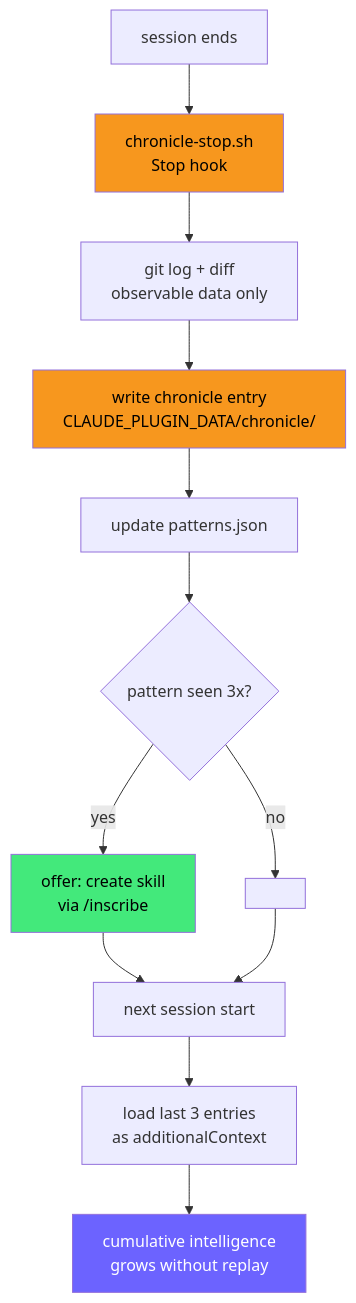
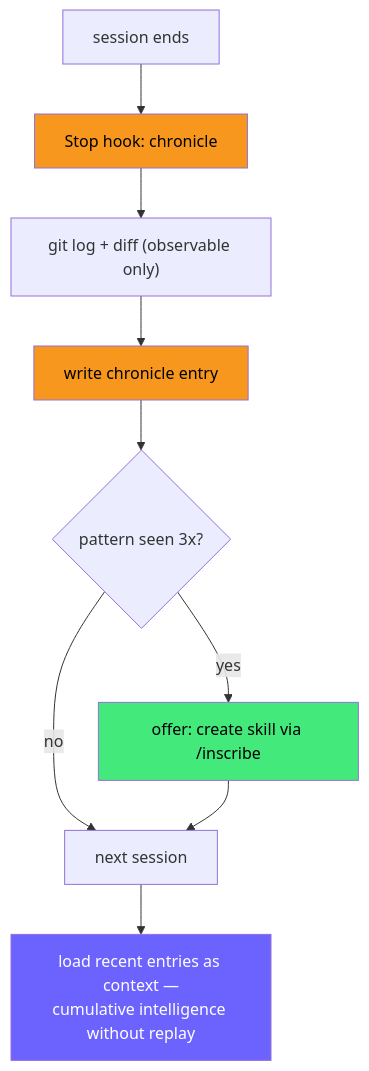
Before and after one commit to Alexander-Tyagunov/magician: the third of 3 diagrams in README.md, drawn with Mermaid. The commit also changed other lines of this file and 11 other files, not shown here.

````diff
--- a/README.md
+++ b/README.md
@@ -115,22 +107,15 @@
 ```mermaid
 flowchart TD
-    A["session ends"] --> B["chronicle-stop.sh\nStop hook"]
-    B --> C["git log + diff\nobservable data only"]
-    C --> D["write chronicle entry\nCLAUDE_PLUGIN_DATA/chronicle/"]
-    D --> E["update patterns.json"]
-
-    E --> F{"pattern seen 3x?"}
-    F -- yes --> G["offer: create skill\nvia /inscribe"]
-    F -- no --> H[" "]
-
-    G --> I["next session start"]
-    H --> I
-
-    I --> J["load last 3 entries\nas additionalContext"]
-    J --> K["cumulative intelligence\ngrows without replay"]
-
+    A["session ends"] --> B["Stop hook: chronicle"]
+    B --> C["git log + diff (observable only)"]
+    C --> D["write chronicle entry"]
+    D --> E{"pattern seen 3x?"}
+    E -- yes --> G["offer: create skill via /inscribe"]
+    E -- no --> I["next session"]
+    G --> I
+    I --> K["load recent entries as context —\ncumulative intelligence without replay"]
     style B fill:#f7971e,color:#000
     style D fill:#f7971e,color:#000
     style G fill:#43e97b,color:#000
     style K fill:#6c63ff,color:#fff
 ```
````
